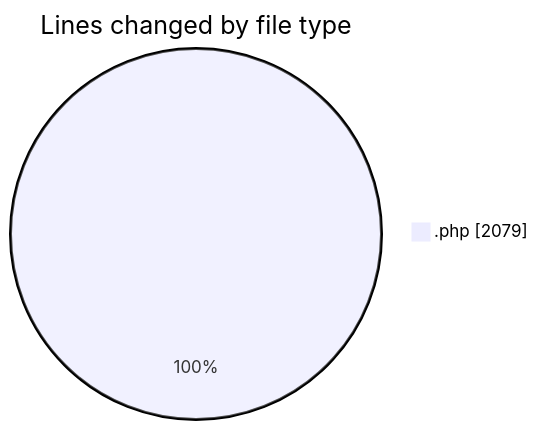
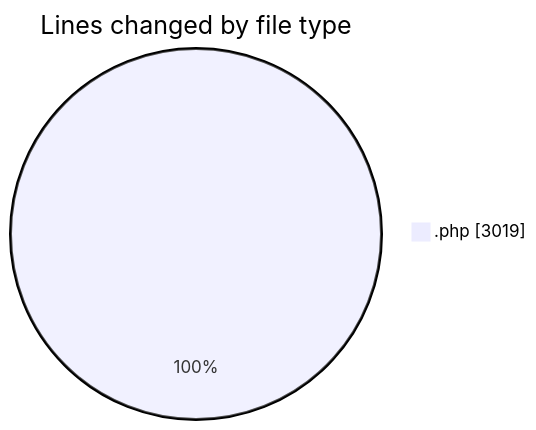
Before and after one commit to debugP/code-tracking: the first of 2 diagrams in 2025-10-02/untitled__workspace_/README.md, drawn with Mermaid. The commit also changed other lines of this file and 1 other file, not shown here.

````diff
--- a/2025-10-02/untitled__workspace_/README.md
+++ b/2025-10-02/untitled__workspace_/README.md
@@ -21,5 +22,5 @@
 ```mermaid
 pie showData
 title Lines changed by file type
-".php" : 2079
+".php" : 3019
 ```
````
